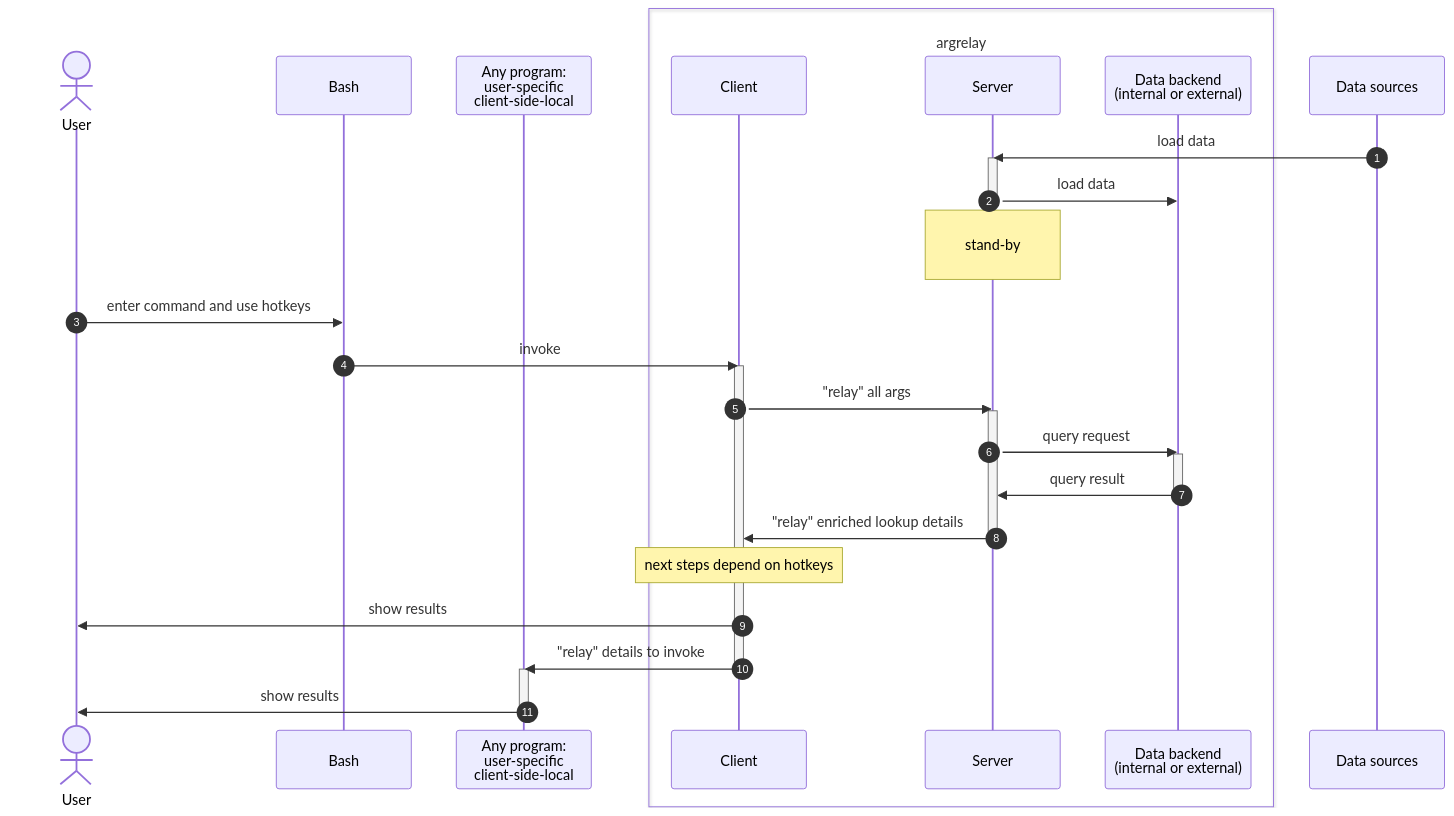
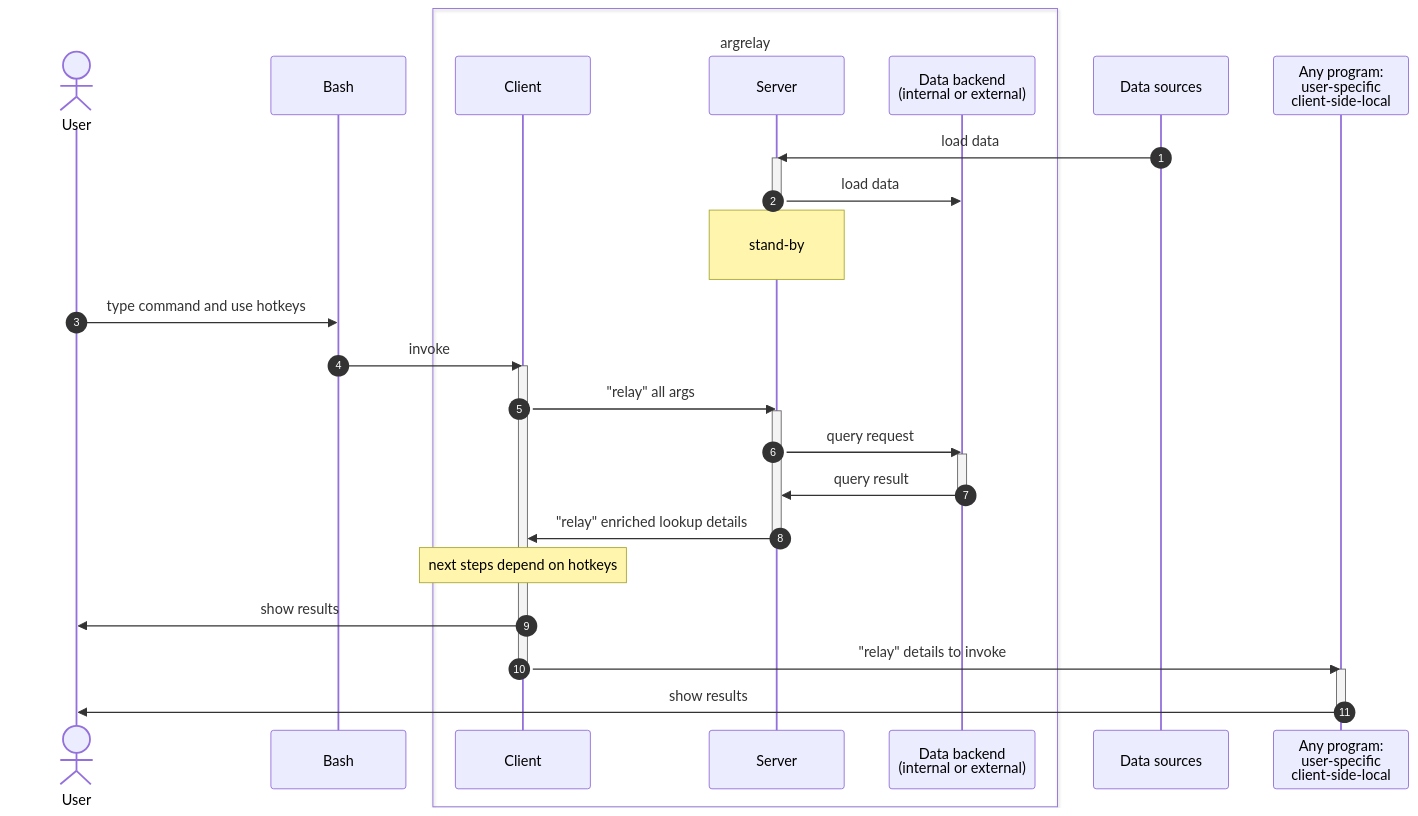
The second of 2 diagrams in readme.md (argrelay/argrelay), drawn with Mermaid before and after one commit. The commit also changed other lines of this file, not shown here.

````diff
--- a/readme.md
+++ b/readme.md
@@ -400,36 +472,36 @@
 ```mermaid
 sequenceDiagram
     autonumber
     actor U as <br/>User
     participant B as Bash
-    participant P as Any program:<br/>user-specific<br/>client-side-local
     box transparent <br/>argrelay
     participant C as Client
     participant S as Server
     participant DB as Data backend<br/>(internal or external)
     end
     participant DS as Data sources
+    participant P as Any program:<br/>user-specific<br/>client-side-local
     DS ->> S: load data
     activate S
     S ->> DB: load data
     deactivate S
     Note over S: <br/>stand-by<br/>
-    U ->> B: enter command and use hotkeys
+    U ->> B: type command and use hotkeys
     B ->> C: invoke
     activate C
     C ->> S: "relay" all args
     activate S
     S ->> DB: query request
     activate DB
     DB ->> S: query result
     deactivate DB
     S ->> C: "relay" enriched lookup details
     deactivate S
     Note over C: next steps depend on hotkeys
     C ->> U: show results
     C ->> P: "relay" details to invoke
     deactivate C
     activate P
     P ->> U: show results
     deactivate P
 ```
````
